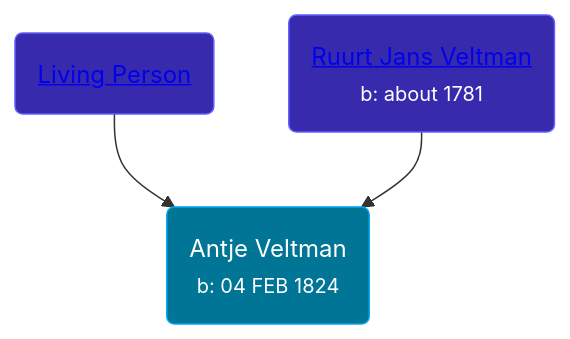
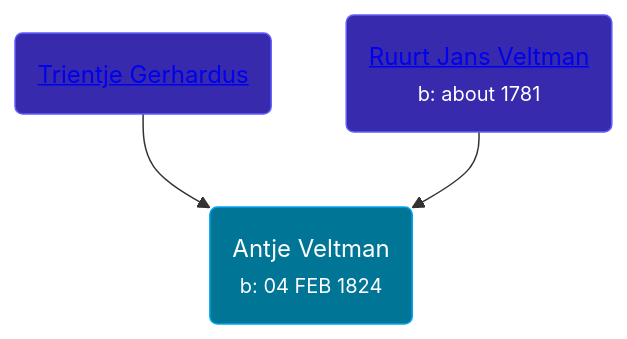
One commit to wpmgotkh/wpmgotkh.github.io changed the diagram in pages/people/9/90951593.md. Above: the diagram before and after it, drawn with Mermaid. The commit also changed other lines of this file and 586 other files, not shown here.

Commit message:
feat: better shouldConsiderPersonLiving algo

````diff
--- a/pages/people/9/90951593.md
+++ b/pages/people/9/90951593.md
@@ -10,9 +10,9 @@
 ```mermaid
 graph
 classDef grands fill:#193cb8,stroke:#2b7fff,stroke-width:1px,color:#fff;
 classDef parents fill:#372aac,stroke:#615fff,stroke-width:1px,color:#fff;
 classDef primary fill:#007595,stroke:#00a6f4,stroke-width:1px,color:#fff;
 90951593(Antje Veltman<br /><small>b: 04 FEB 1824</small>):::primary
-5258118(<a class="text-white" href="/people/5/5258118">Living Person</a>):::parents-->90951593
+5258118(<a class="text-white" href="/people/5/5258118">Trientje Gerhardus</a>):::parents-->90951593
 53462276(<a class="text-white" href="/people/5/53462276">Ruurt Jans Veltman</a><br /><small>b: about 1781</small>):::parents-->90951593
 ```
````
